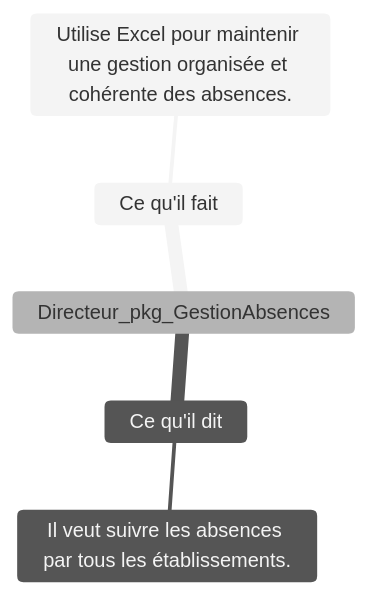
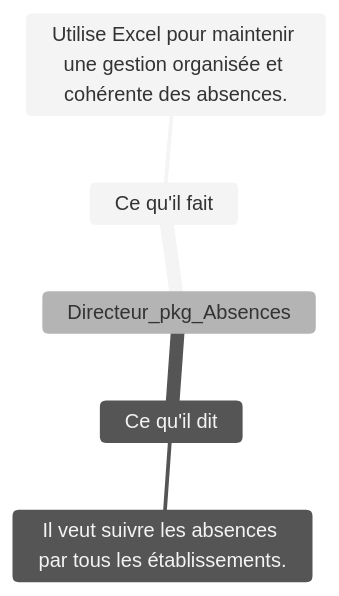
The diagram in modélisation/pkg_GestionAbsences/empathie-directeur.mmd (hamidAchaou/gestion-personnels), drawn with Mermaid (neutral theme) before and after one commit. The commit also changed 3 other files, not shown here.

```diff
--- a/modélisation/pkg_GestionAbsences/empathie-directeur.mmd
+++ b/modélisation/pkg_GestionAbsences/empathie-directeur.mmd
@@ -1,7 +1,7 @@
 %% @config(../mindmap-config.json)
 mindmap
-    Directeur_pkg_GestionAbsences
+    Directeur_pkg_Absences
         Ce qu'il fait
             Utilise Excel pour maintenir une gestion organisée et cohérente des absences.
         Ce qu'il dit
             Il veut suivre les absences par tous les établissements.
```
